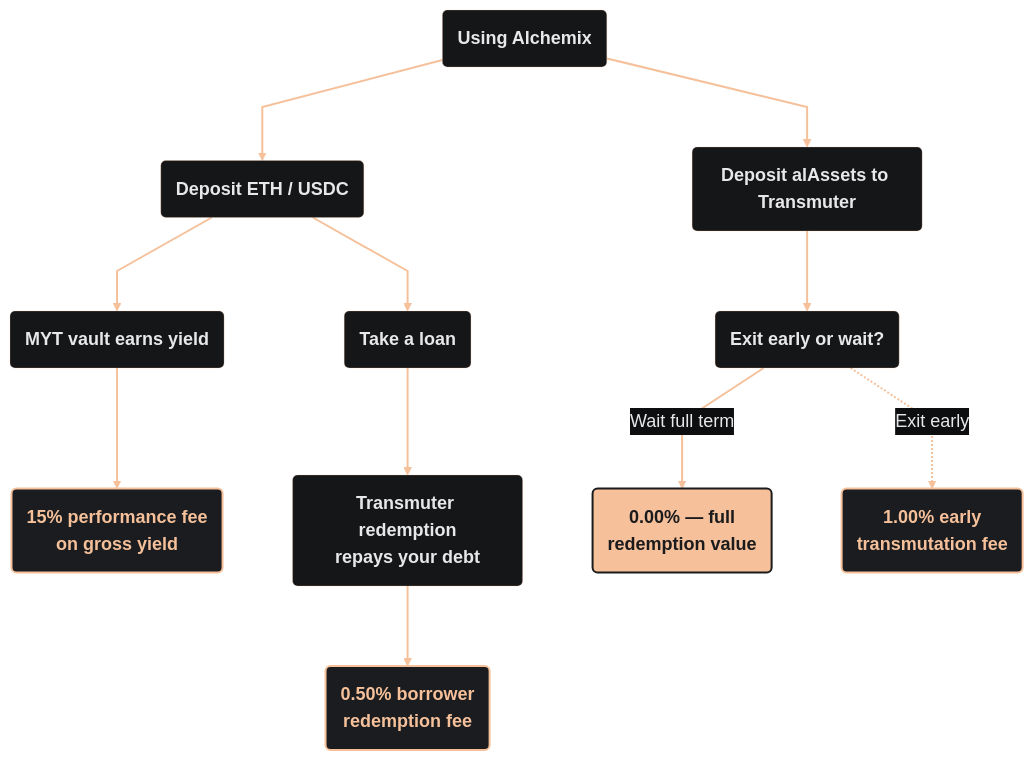
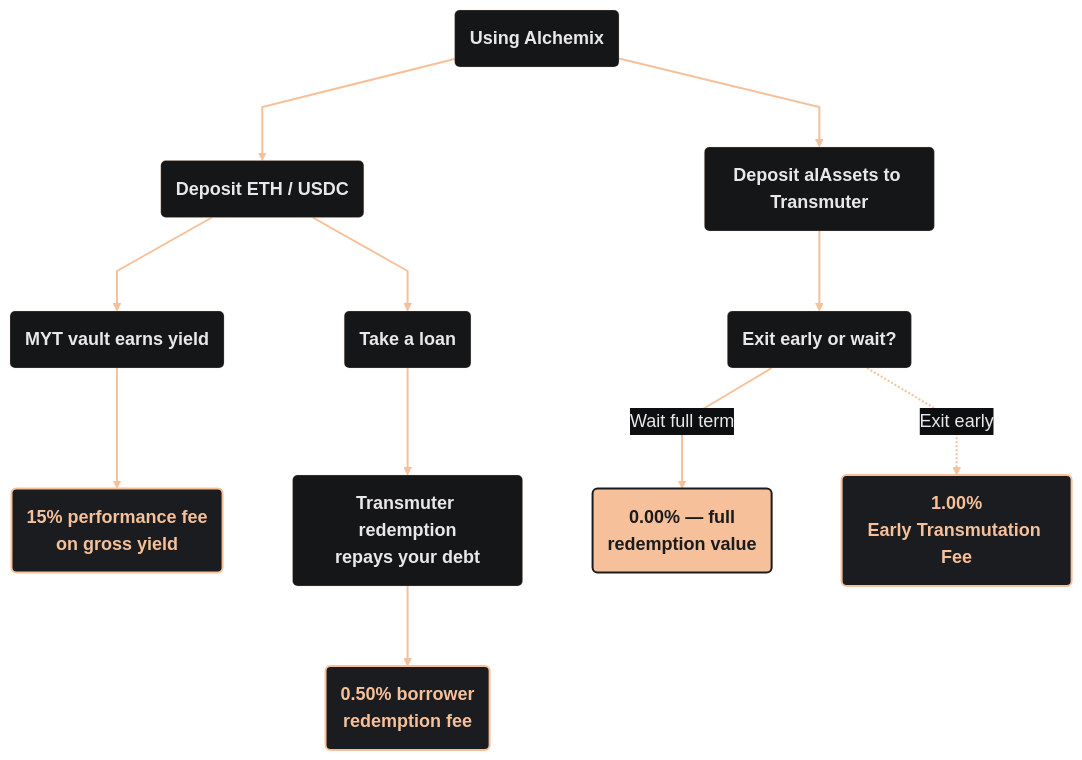
The diagram in docs/user/concepts/fees.md (alchemix-finance/alchemix-v3-docs), drawn with Mermaid before and after one commit. The commit also changed other lines of this file and 37 other files, not shown here.

````diff
--- a/docs/user/concepts/fees.md
+++ b/docs/user/concepts/fees.md
@@ -13,32 +13,32 @@
 ```mermaid
 %%{init: {
   'theme': 'base',
   'themeVariables': {
     'fontFamily': 'Montserrat',
     'primaryColor': '#141618',
     'primaryBorderColor': 'rgba(245,192,154,0.25)',
     'primaryTextColor': '#e8e8ea',
     'lineColor': '#f5c09a',
     'edgeLabelBackground': '#0d0e10',
     'tertiaryColor': '#141618',
     'fontSize': '18px'
   },
   'flowchart': { 'curve': 'linear', 'nodeSpacing': 70, 'rankSpacing': 80 }
 }}%%
 flowchart TD
     classDef default font-weight:bold;
     classDef fee fill:#1a1c1f,stroke:#f5c09a,stroke-width:2px,color:#f5c09a;
     classDef free fill:#f5c09a,stroke:#1b1b1d,stroke-width:2px,color:#1b1b1d;
 
     A(Using Alchemix) --> B(Deposit ETH / USDC)
     A --> C(Deposit alAssets to Transmuter)
 
     B --> D(MYT vault earns yield) --> E(<b>15%</b> performance fee<br/><span style='color:#8a8f99'>on gross yield</span>):::fee
     B --> F(Take a loan) --> G(Transmuter redemption<br/>repays your debt) --> H(<b>0.50%</b> borrower<br/><span style='color:#8a8f99'>redemption fee</span>):::fee
 
     C --> I(Exit early or wait?)
     I -->|Wait full term| J(<b>0.00%</b> — full<br/>redemption value):::free
-    I -.->|Exit early| K(<b>1.00%</b> early<br/><span style='color:#8a8f99'>transmutation fee</span>):::fee
+    I -.->|Exit early| K(<b>1.00%</b><br/><span style='color:#8a8f99'>Early Transmutation Fee</span>):::fee
 
     linkStyle 0,1,2,3,4,5,6,7,8,9 stroke:#f5c09a,stroke-width:2px
 ```
````
